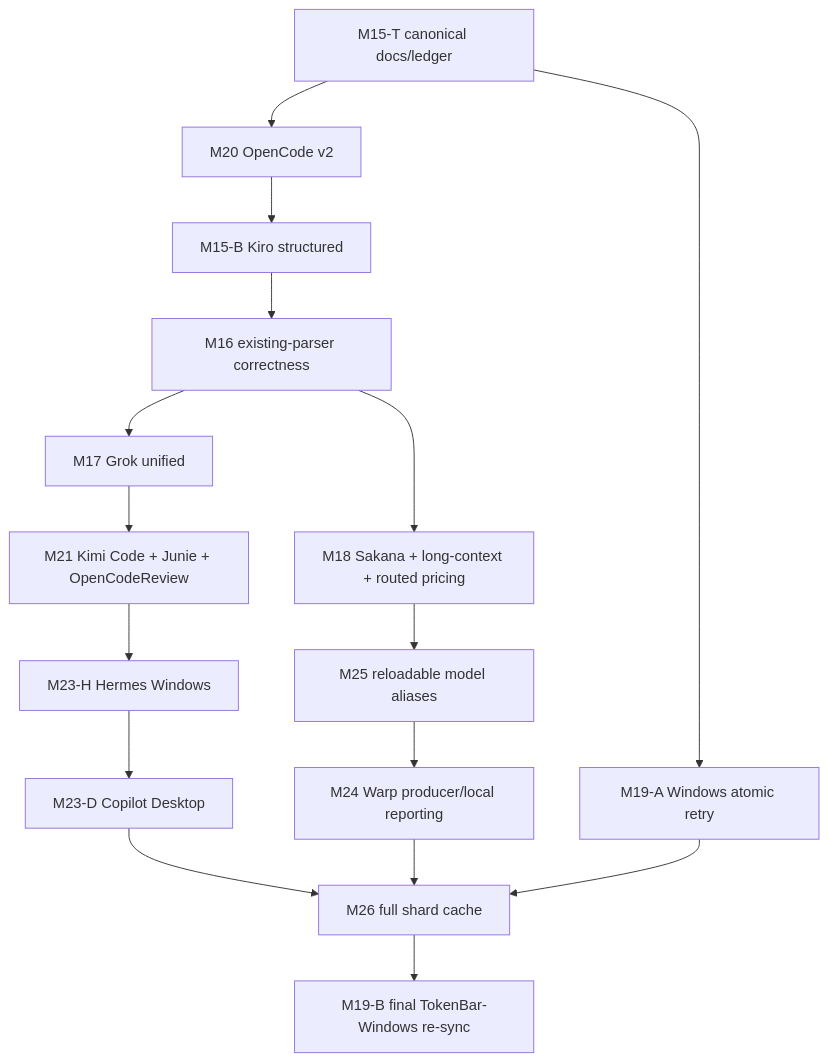
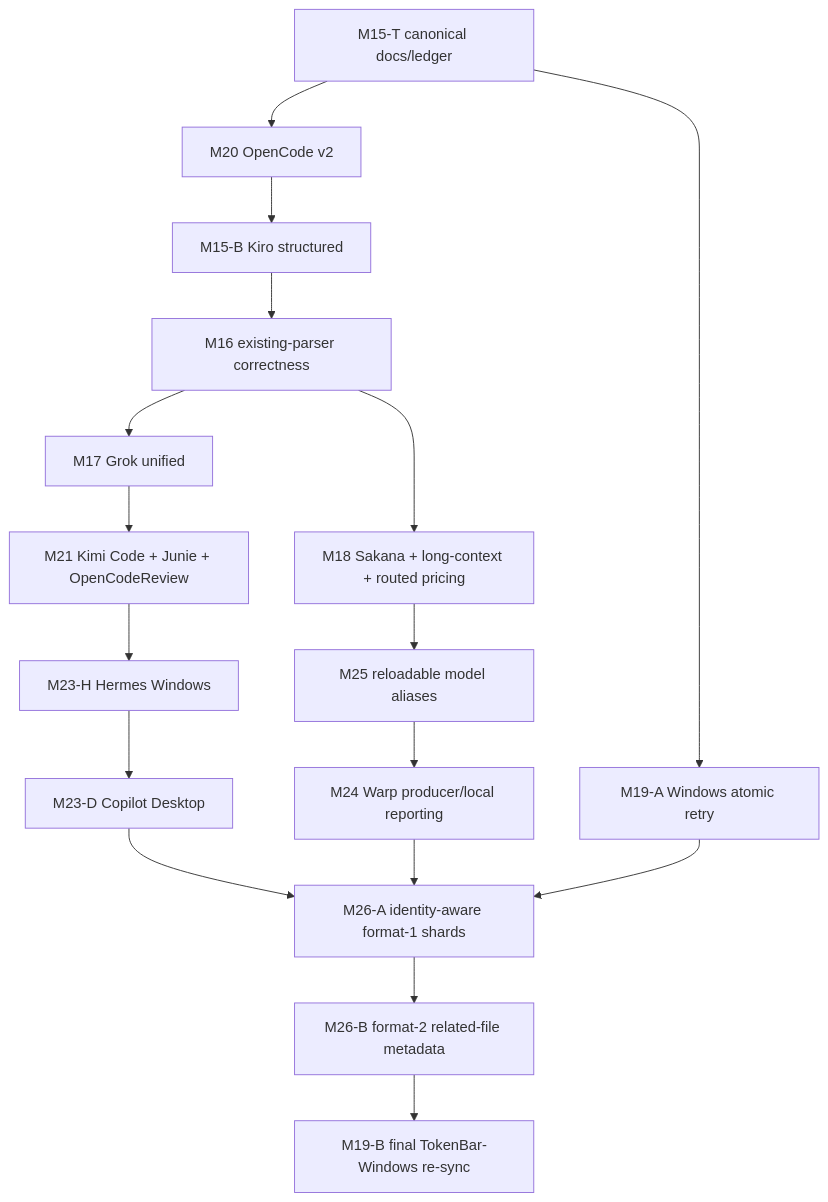
Before and after one commit to starburst3190/TokenBar: the first of 2 diagrams in docs/knowledge/plans/tokscale-alignment.md, drawn with Mermaid. The commit also changed other lines of this file and 2 other files, not shown here.

````diff
--- a/docs/knowledge/plans/tokscale-alignment.md
+++ b/docs/knowledge/plans/tokscale-alignment.md
@@ -76,22 +76,23 @@
 ```mermaid
 flowchart TD
     T[M15-T canonical docs/ledger] --> O[M20 OpenCode v2]
     O --> K[M15-B Kiro structured]
     K --> C[M16 existing-parser correctness]
 
     C --> G[M17 Grok unified]
     G --> N1[M21 Kimi Code + Junie + OpenCodeReview]
     N1 --> H[M23-H Hermes Windows]
     H --> D[M23-D Copilot Desktop]
 
     C --> P[M18 Sakana + long-context + routed pricing]
     P --> A[M25 reloadable model aliases]
     A --> W[M24 Warp producer/local reporting]
 
     T --> F[M19-A Windows atomic retry]
 
-    D --> S[M26 full shard cache]
-    W --> S
-    F --> S
-    S --> WS[M19-B final TokenBar-Windows re-sync]
+    D --> SA[M26-A identity-aware format-1 shards]
+    W --> SA
+    F --> SA
+    SA --> SB[M26-B format-2 related-file metadata]
+    SB --> WS[M19-B final TokenBar-Windows re-sync]
 ```
````
